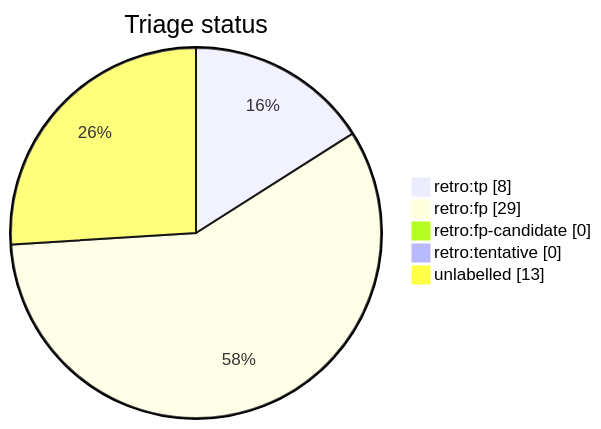
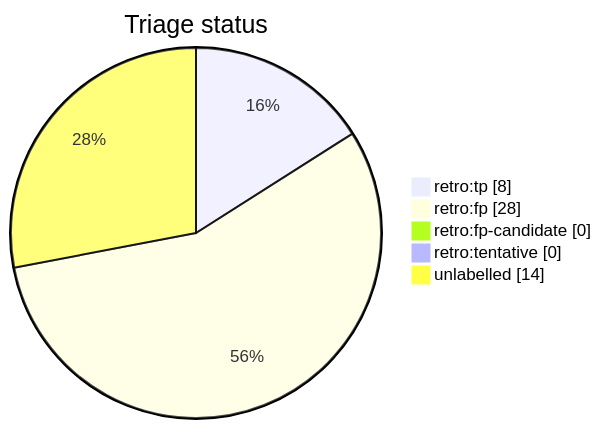
Before and after one commit to tvna/claude-md: the diagram in docs/generated/scripts/auto-retro-triage-report.md, drawn with Mermaid. The commit also changed other lines of this file, not shown here.

First line of the commit message:
chore(auto-retro): refresh triage report

````diff
--- a/docs/generated/scripts/auto-retro-triage-report.md
+++ b/docs/generated/scripts/auto-retro-triage-report.md
@@ -15,9 +15,9 @@
 ```mermaid
 pie showData
     title Triage status
     "retro:tp" : 8
-    "retro:fp" : 29
+    "retro:fp" : 28
     "retro:fp-candidate" : 0
     "retro:tentative" : 0
-    "unlabelled" : 13
+    "unlabelled" : 14
 ```
````
